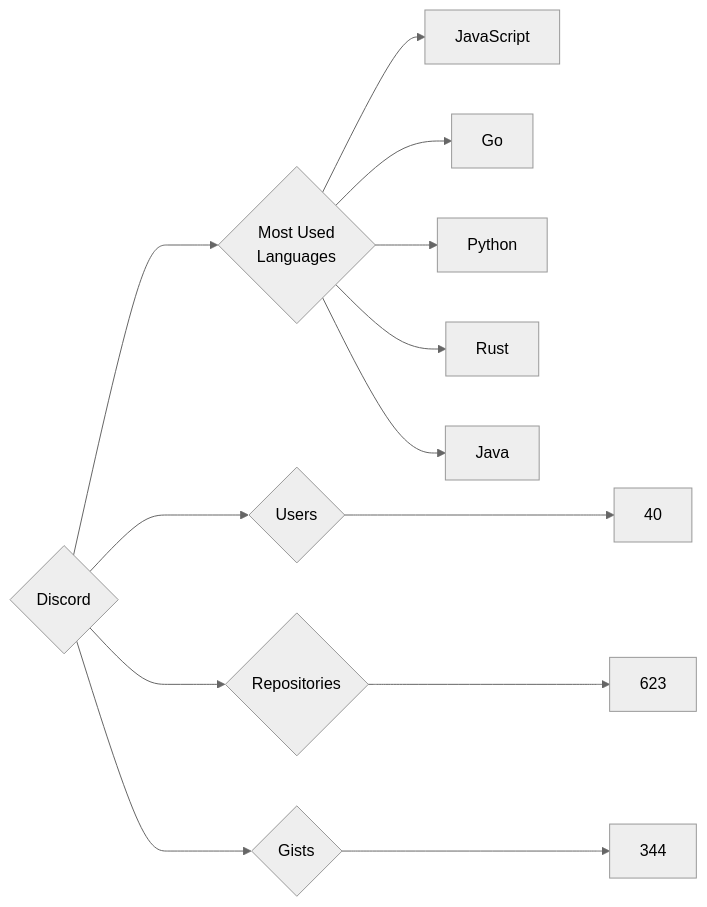
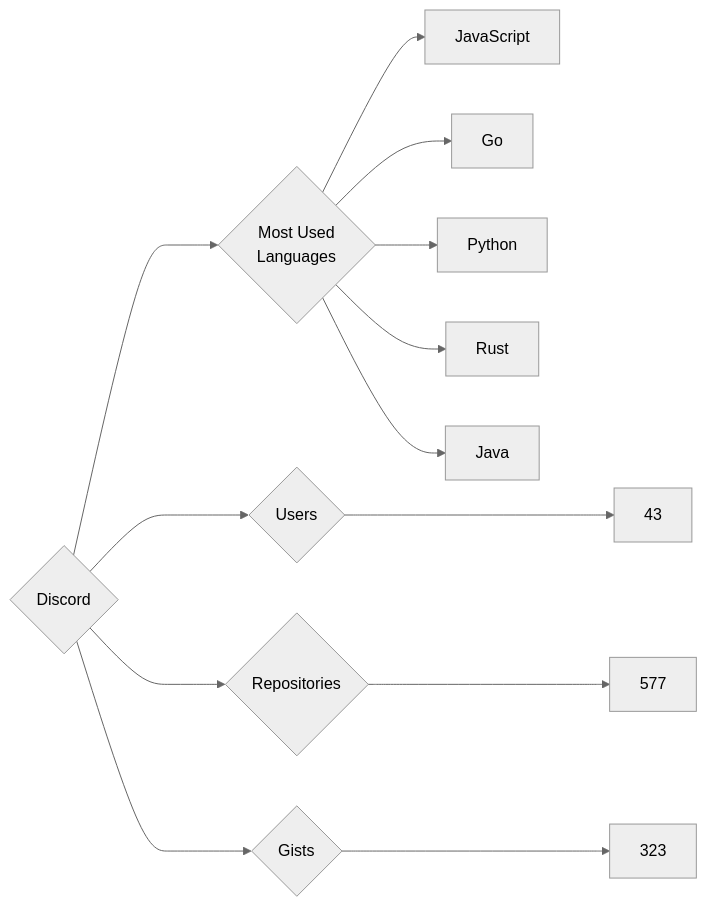
One commit to trickest/insiders changed the diagram in targets/Discord/README.md. Above: the diagram before and after it, drawn with Mermaid (neutral theme). The commit also changed 934 other files, not shown here.

````diff
--- a/targets/Discord/README.md
+++ b/targets/Discord/README.md
@@ -3,13 +3,13 @@
 ```mermaid
 graph LR
 COMPANY_NAME{Discord}
-COMPANY_NAME ---> U{Users} ---> UN[40]
-COMPANY_NAME ---> R{Repositories} ---> RN[623]
-COMPANY_NAME ---> G{Gists} ---> GN[344]
+COMPANY_NAME ---> U{Users} ---> UN[43]
+COMPANY_NAME ---> R{Repositories} ---> RN[577]
+COMPANY_NAME ---> G{Gists} ---> GN[323]
 COMPANY_NAME ---> ML{Most Used<br>Languages}
 ML --> JavaScript[JavaScript]
 ML --> Go[Go]
 ML --> Python[Python]
 ML --> Rust[Rust]
 ML --> Java[Java]
 ```
````
